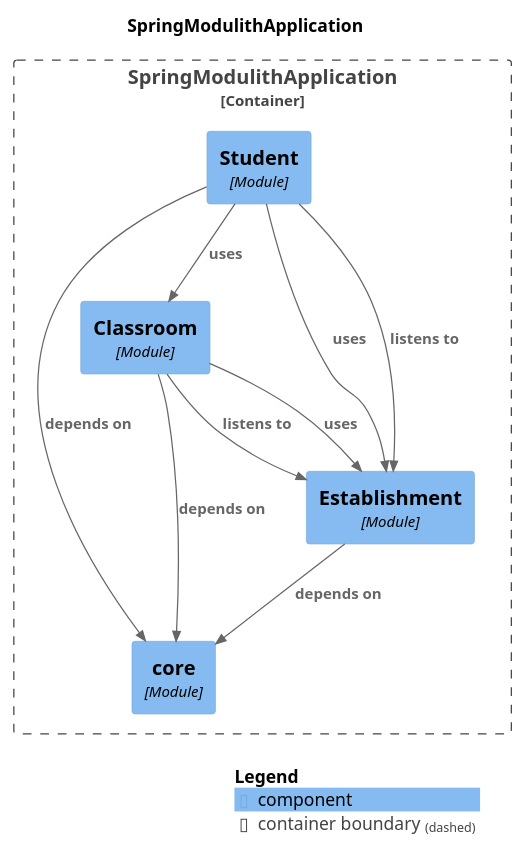
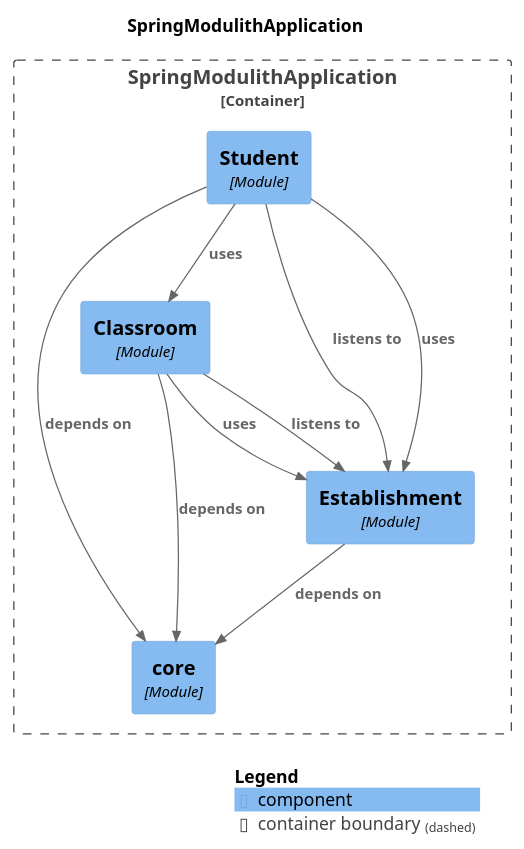
One commit to cedricSarre/spring-modulith-sample changed the diagram in doc/components.puml. Above: the diagram before and after it, drawn with PlantUML. The commit also changed other lines of this file and 3 other files, not shown here.

```diff
--- a/doc/components.puml
+++ b/doc/components.puml
@@ -1,28 +1,28 @@
 @startuml
 set separator none
 title SpringModulithApplication
 
 top to bottom direction
 
 !include <C4/C4>
 !include <C4/C4_Context>
 !include <C4/C4_Component>
 
 Container_Boundary("SpringModulithApplication.SpringModulithApplication_boundary", "SpringModulithApplication", $tags="") {
   Component(SpringModulithApplication.SpringModulithApplication.core, "core", $techn="Module", $descr="", $tags="", $link="")
   Component(SpringModulithApplication.SpringModulithApplication.Student, "Student", $techn="Module", $descr="", $tags="", $link="")
+  Component(SpringModulithApplication.SpringModulithApplication.Classroom, "Classroom", $techn="Module", $descr="", $tags="", $link="")
   Component(SpringModulithApplication.SpringModulithApplication.Establishment, "Establishment", $techn="Module", $descr="", $tags="", $link="")
-  Component(SpringModulithApplication.SpringModulithApplication.Classroom, "Classroom", $techn="Module", $descr="", $tags="", $link="")
 }
 
+Rel(SpringModulithApplication.SpringModulithApplication.Classroom, SpringModulithApplication.SpringModulithApplication.Establishment, "uses", $techn="", $tags="", $link="")
+Rel(SpringModulithApplication.SpringModulithApplication.Student, SpringModulithApplication.SpringModulithApplication.Establishment, "listens to", $techn="", $tags="", $link="")
+Rel(SpringModulithApplication.SpringModulithApplication.Student, SpringModulithApplication.SpringModulithApplication.core, "depends on", $techn="", $tags="", $link="")
 Rel(SpringModulithApplication.SpringModulithApplication.Student, SpringModulithApplication.SpringModulithApplication.Establishment, "uses", $techn="", $tags="", $link="")
 Rel(SpringModulithApplication.SpringModulithApplication.Student, SpringModulithApplication.SpringModulithApplication.Classroom, "uses", $techn="", $tags="", $link="")
+Rel(SpringModulithApplication.SpringModulithApplication.Establishment, SpringModulithApplication.SpringModulithApplication.core, "depends on", $techn="", $tags="", $link="")
 Rel(SpringModulithApplication.SpringModulithApplication.Classroom, SpringModulithApplication.SpringModulithApplication.Establishment, "listens to", $techn="", $tags="", $link="")
 Rel(SpringModulithApplication.SpringModulithApplication.Classroom, SpringModulithApplication.SpringModulithApplication.core, "depends on", $techn="", $tags="", $link="")
-Rel(SpringModulithApplication.SpringModulithApplication.Classroom, SpringModulithApplication.SpringModulithApplication.Establishment, "uses", $techn="", $tags="", $link="")
-Rel(SpringModulithApplication.SpringModulithApplication.Establishment, SpringModulithApplication.SpringModulithApplication.core, "depends on", $techn="", $tags="", $link="")
-Rel(SpringModulithApplication.SpringModulithApplication.Student, SpringModulithApplication.SpringModulithApplication.Establishment, "listens to", $techn="", $tags="", $link="")
-Rel(SpringModulithApplication.SpringModulithApplication.Student, SpringModulithApplication.SpringModulithApplication.core, "depends on", $techn="", $tags="", $link="")
 
 SHOW_LEGEND(true)
 @enduml
```
